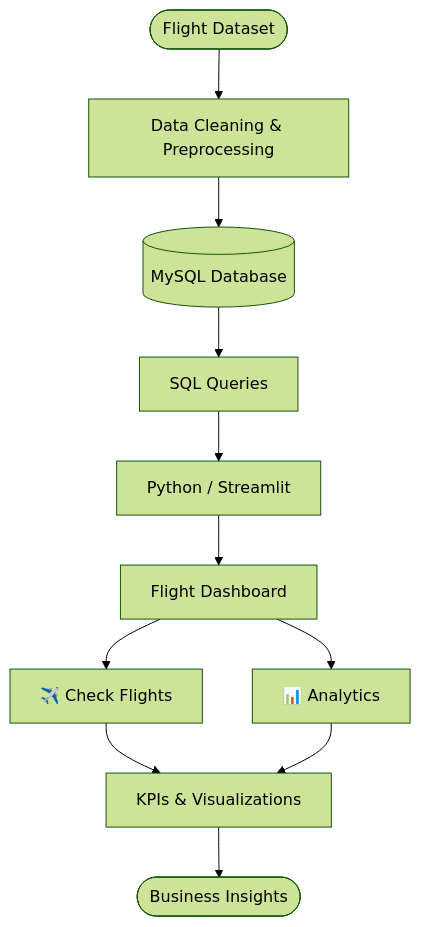
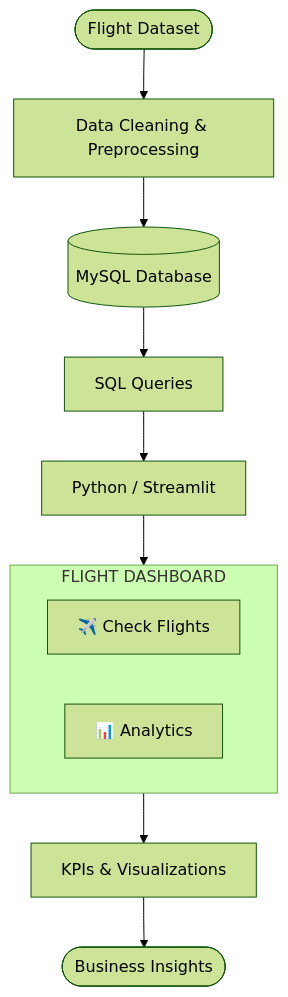
One commit to architawasthi99/architawasthi99 changed the first of 3 diagrams in README.md. Above: the diagram before and after it, drawn with Mermaid (forest theme). The commit also changed other lines of this file, not shown here.

````diff
--- a/README.md
+++ b/README.md
@@ -155,13 +153,17 @@
 ```mermaid
 flowchart TD
     A([Flight Dataset]) --> B[Data Cleaning & Preprocessing]
     B --> C[(MySQL Database)]
     C --> D[SQL Queries]
     D --> E[Python / Streamlit]
-    E --> F[Flight Dashboard]
-    F --> G[✈️ Check Flights]
-    F --> H[📊 Analytics]
-    G --> I[KPIs & Visualizations]
-    H --> I
+    E --> F
+
+    subgraph F [" FLIGHT DASHBOARD "]
+        direction LR
+        G[✈️ Check Flights]
+        H[📊 Analytics]
+    end
+
+    F --> I[KPIs & Visualizations]
     I --> J([Business Insights])
 ```
````
